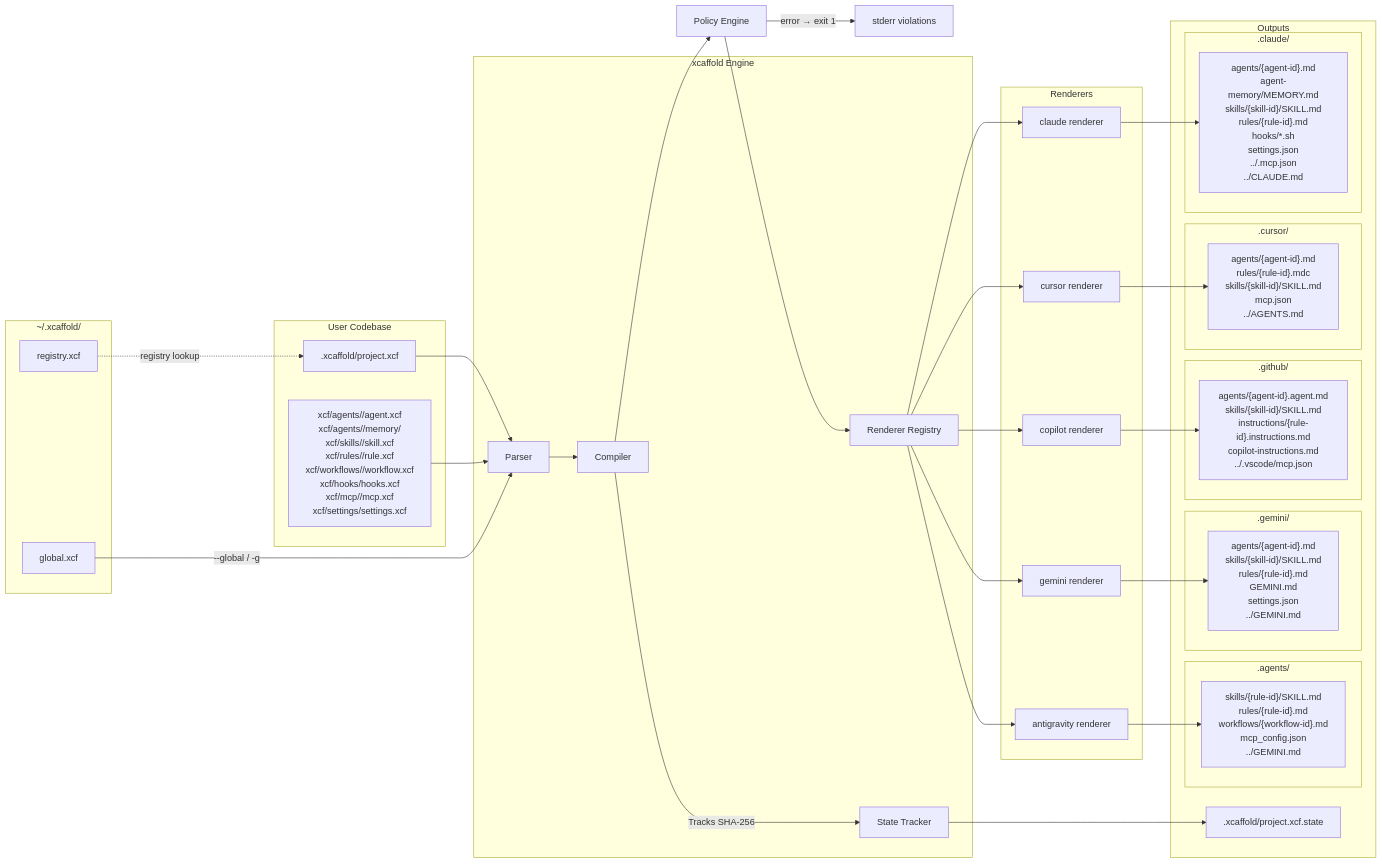
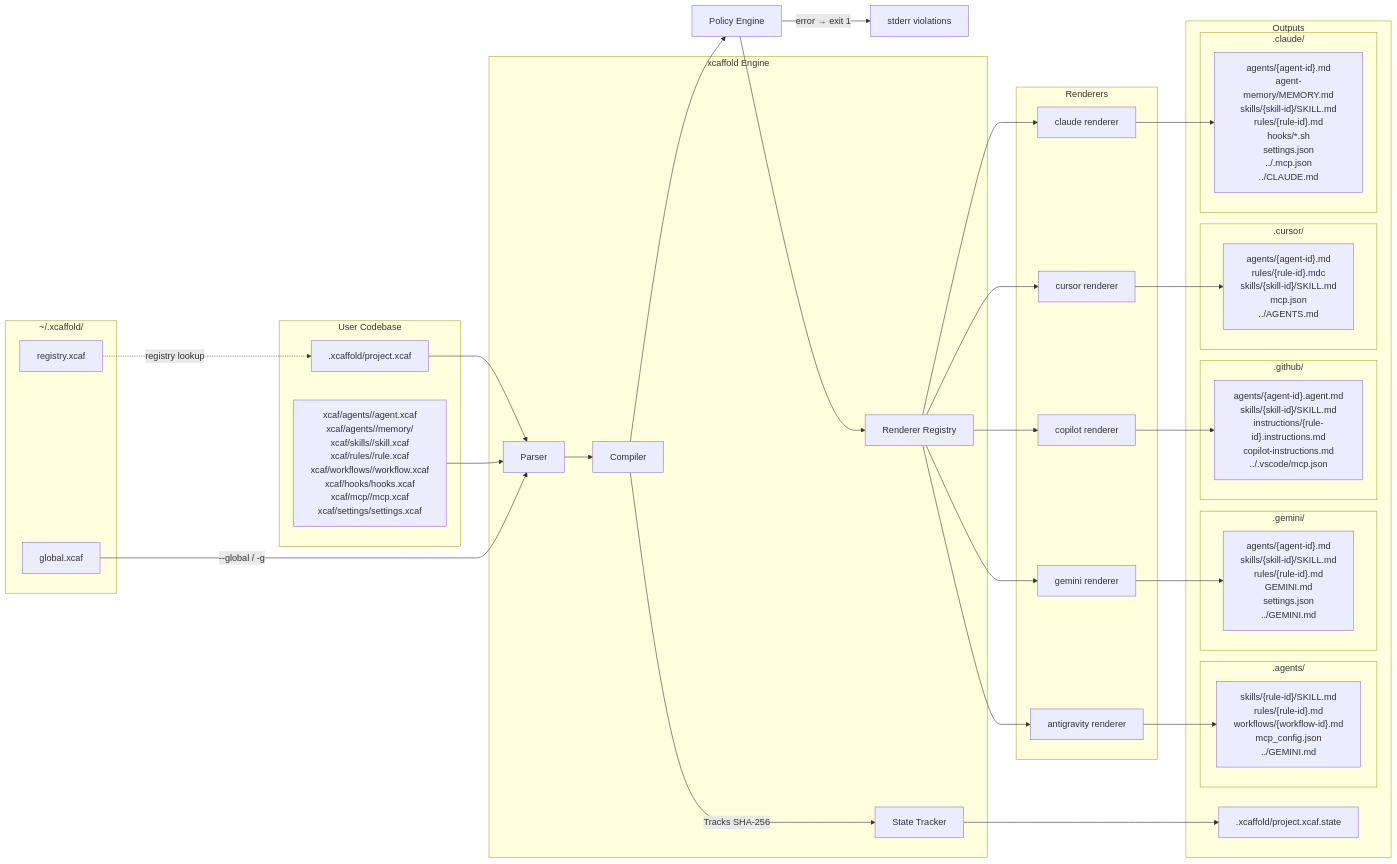
One commit to saero-ai/xcaffold changed the diagram in docs/concepts/architecture/architecture.md. Above: the diagram before and after it, drawn with Mermaid. The commit also changed other lines of this file and 205 other files, not shown here.

First line of the commit message:
refactor: migrate file extension from .xcf to .xcaf

````diff
--- a/docs/concepts/architecture/architecture.md
+++ b/docs/concepts/architecture/architecture.md
@@ -14,20 +14,20 @@
 ```mermaid
 graph LR
   subgraph Global Home ["~/.xcaffold/"]
-    R[registry.xcf]
-    GC[global.xcf]
+    R[registry.xcaf]
+    GC[global.xcaf]
   end
 
   subgraph User Codebase
-    A[.xcaffold/project.xcf]
-    XCF["`xcf/agents/<name>/agent.xcf
-    xcf/agents/<name>/memory/
-    xcf/skills/<name>/skill.xcf
-    xcf/rules/<name>/rule.xcf
-    xcf/workflows/<name>/workflow.xcf
-    xcf/hooks/hooks.xcf
-    xcf/mcp/<name>/mcp.xcf
-    xcf/settings/settings.xcf`"]
+    A[.xcaffold/project.xcaf]
+    XCAF["`xcaf/agents/<name>/agent.xcaf
+    xcaf/agents/<name>/memory/
+    xcaf/skills/<name>/skill.xcaf
+    xcaf/rules/<name>/rule.xcaf
+    xcaf/workflows/<name>/workflow.xcaf
+    xcaf/hooks/hooks.xcaf
+    xcaf/mcp/<name>/mcp.xcaf
+    xcaf/settings/settings.xcaf`"]
   end
 
   subgraph xcaffold Engine
@@ -46,7 +46,7 @@
   end
 
   subgraph Outputs
-    F[".xcaffold/project.xcf.state"]
+    F[".xcaffold/project.xcaf.state"]
     
     subgraph .claude/
       O1["`agents/{agent-id}.md
@@ -96,7 +96,7 @@
   R -..->|registry lookup| A
   GC -->|"--global / -g"| B
   A --> B
-  XCF --> B
+  XCAF --> B
   B --> C
   C --> PE[Policy Engine]
   PE --> RG
````
